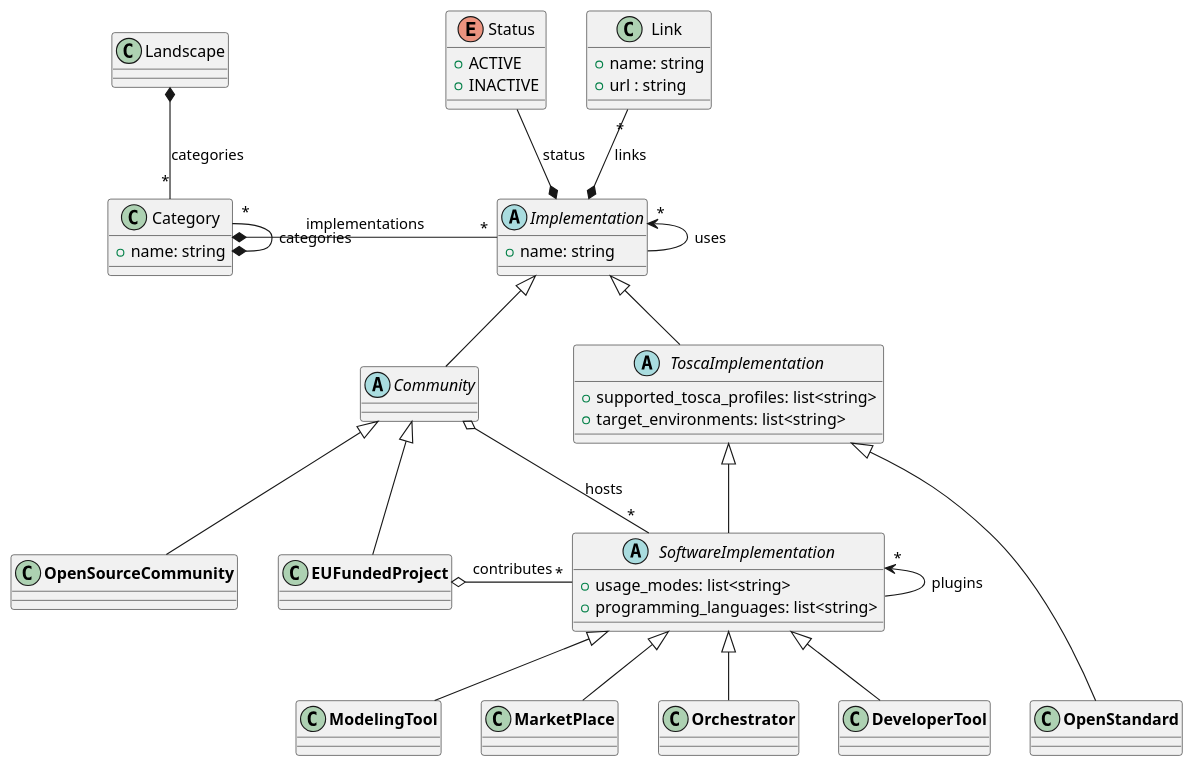
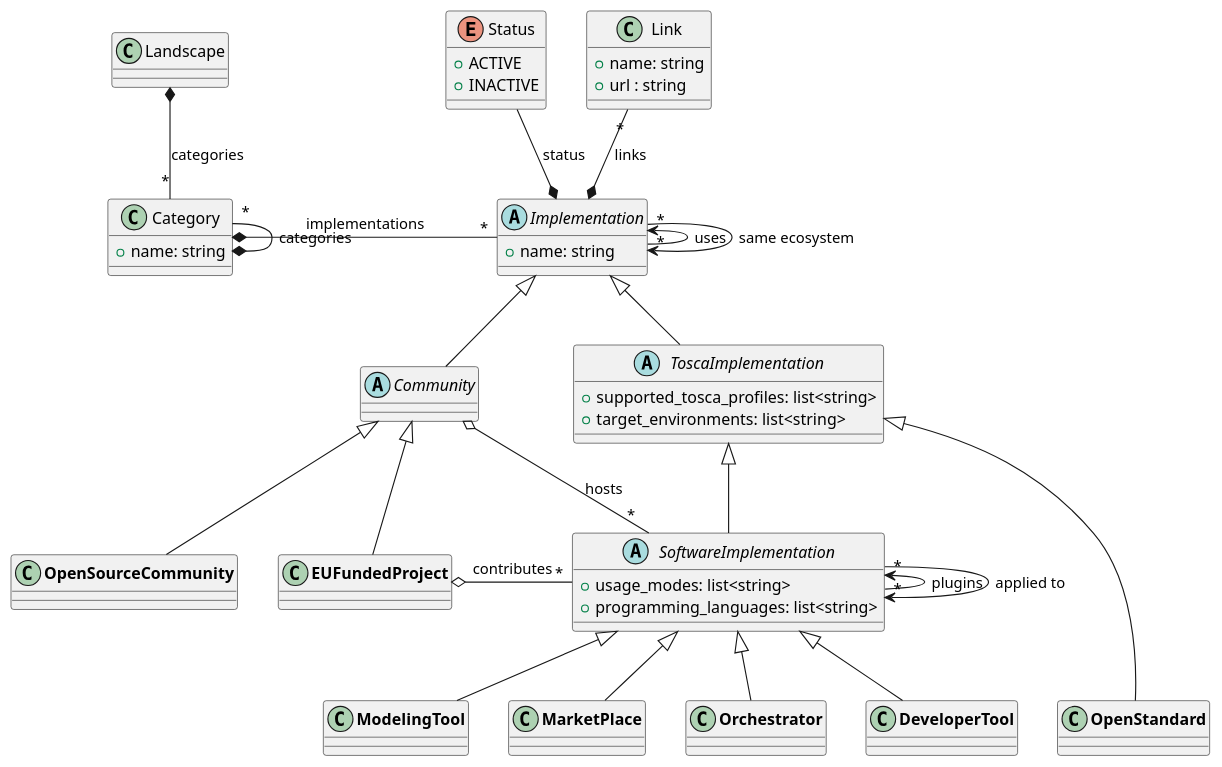
One commit to philippemerle/tosca-implementation-landscape changed the diagram in metamodel.puml. Above: the diagram before and after it, drawn with PlantUML. The commit also changed 2 other files, not shown here.

Commit message:
Added <<same ecosystem>> and <<applied to>> relationships to the metamodel

```diff
--- a/metamodel.puml
+++ b/metamodel.puml
@@ -1,69 +1,71 @@
 @startuml
 
 class Landscape {}
 
 class Category {
   +name: string
 }
 
 enum Status {
   +ACTIVE
   +INACTIVE
 }
 
 class Link {
   +name: string
   +url : string
 }
 
 abstract class Implementation {
   +name: string
 }
 
 abstract class Community extends Implementation {
 }
 
 class **EUFundedProject** extends Community {
 }
 
 class **OpenSourceCommunity** extends Community {
 }
 
 abstract class ToscaImplementation extends Implementation {
   +supported_tosca_profiles: list<string>
   +target_environments: list<string>
 }
 
 class **OpenStandard** extends ToscaImplementation {
 }
 
 abstract class SoftwareImplementation extends ToscaImplementation {
   +usage_modes: list<string>
   +programming_languages: list<string>
 }
 
 class **ModelingTool** extends SoftwareImplementation {
 }
 
 class **MarketPlace** extends SoftwareImplementation {
 }
 
 class **Orchestrator** extends SoftwareImplementation {
 }
 
 class **DeveloperTool** extends SoftwareImplementation {
 }
 
 Landscape *-- "*" Category : categories
 Category *- "*" Implementation : implementations
 Category *-up- "*" Category : categories
 Implementation *-up- Status : status
 Implementation *-up- "*" Link : links
 "**EUFundedProject**" o-right- "*" SoftwareImplementation : contributes
 Community o-right- "*" SoftwareImplementation : hosts
 Implementation -up-> "*" Implementation : uses
+Implementation --> "*" Implementation : same ecosystem
 SoftwareImplementation -up-> "*" SoftwareImplementation : plugins
+SoftwareImplementation --> "*" SoftwareImplementation : applied to
 
 "**DeveloperTool**" -[hidden] "**OpenStandard**"
 
 @end
```
